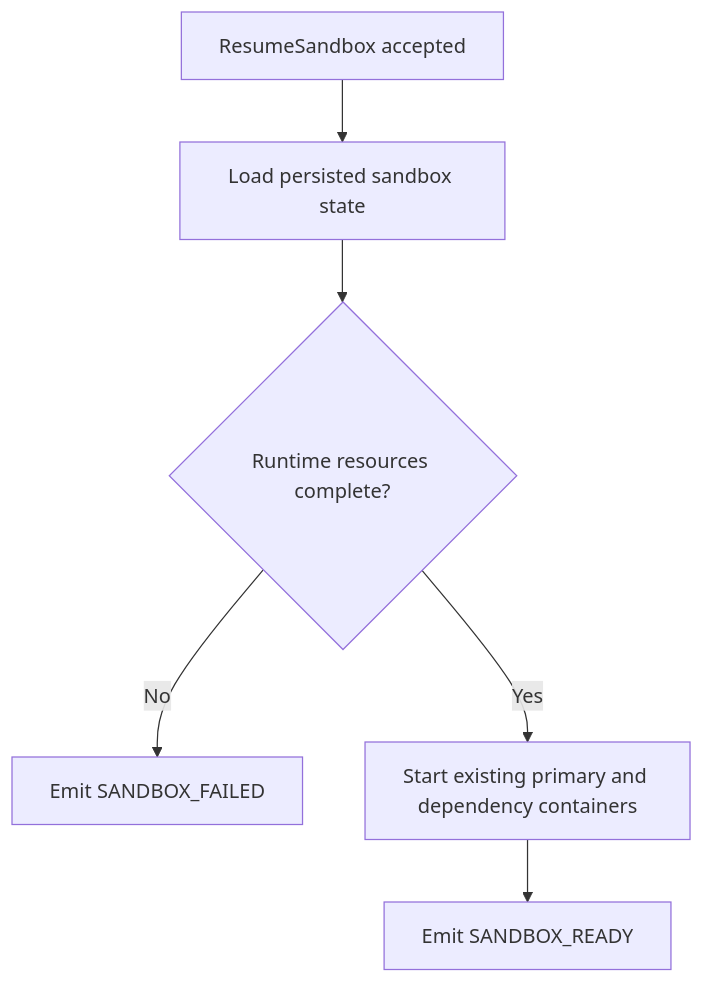
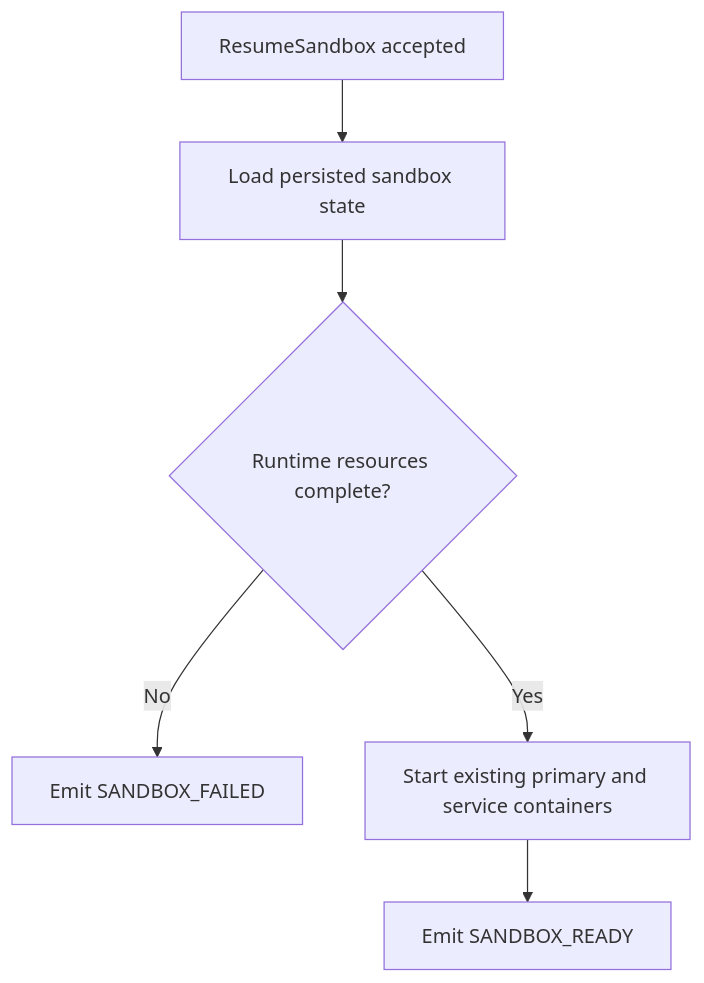
One commit to 1996fanrui/agents-sandbox changed the third of 5 diagrams in docs/sandbox_container_lifecycle.md. Above: the diagram before and after it, drawn with Mermaid. The commit also changed other lines of this file and 8 other files, not shown here.

````diff
--- a/docs/sandbox_container_lifecycle.md
+++ b/docs/sandbox_container_lifecycle.md
@@ -112,8 +113,8 @@
 ```mermaid
 flowchart TB
     A[ResumeSandbox accepted] --> B[Load persisted sandbox state]
     B --> C{Runtime resources complete?}
     C -->|No| D[Emit SANDBOX_FAILED]
-    C -->|Yes| E[Start existing primary and dependency containers]
+    C -->|Yes| E[Start existing primary and service containers]
     E --> F[Emit SANDBOX_READY]
 ```
````
